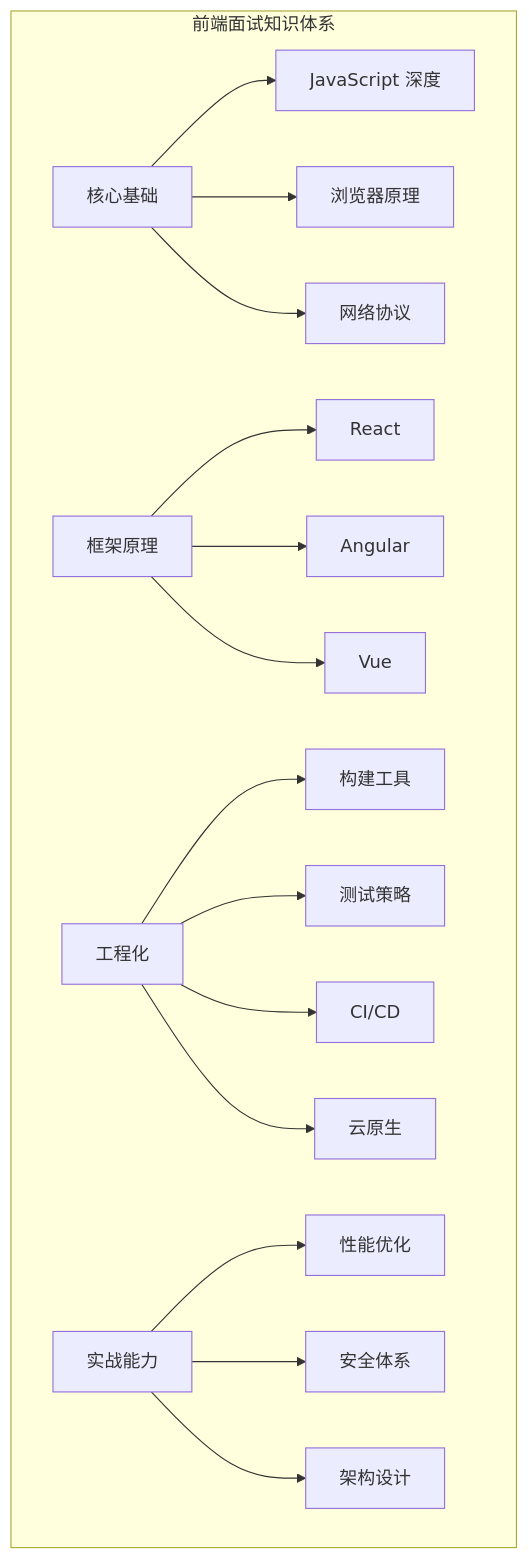
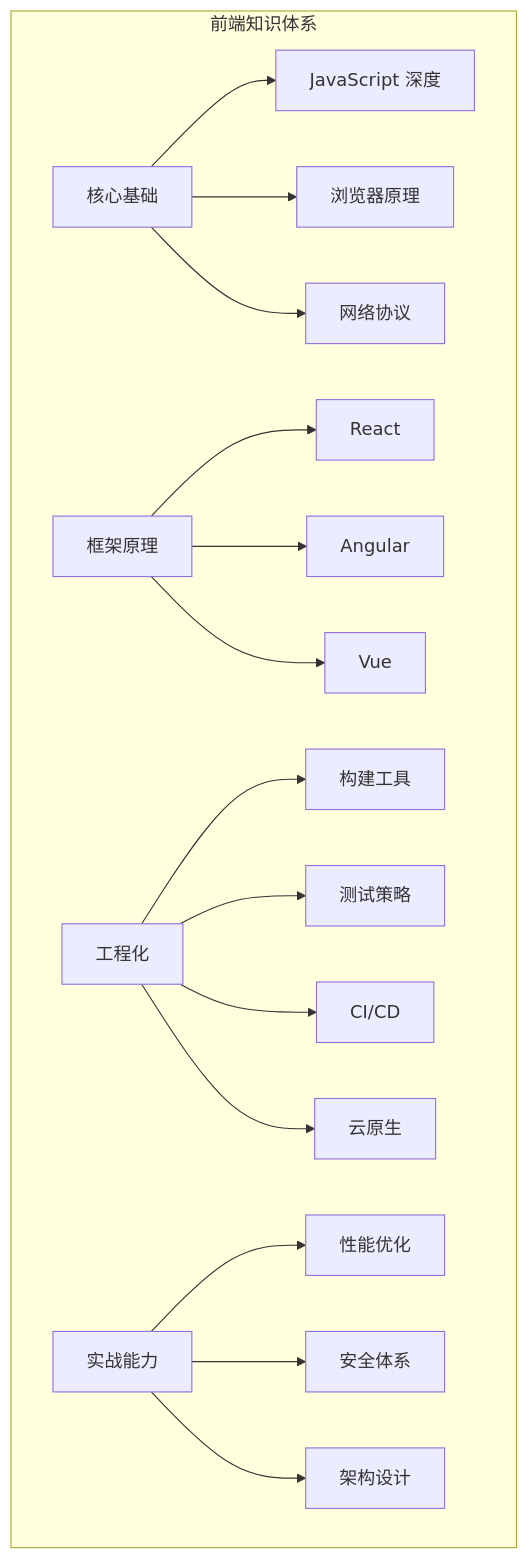
The first of 60 diagrams in S4-面试冲刺/02-简历问题.md (KMaybe01/common), drawn with Mermaid before and after one commit. The commit also changed other lines of this file and 54 other files, not shown here.

````diff
--- a/S4-面试冲刺/02-简历问题.md
+++ b/S4-面试冲刺/02-简历问题.md
@@ -167,25 +165,25 @@
 ```mermaid
 flowchart TD
-  subgraph "前端面试知识体系"
+  subgraph "前端知识体系"
     Core["核心基础"]
     Core --> JS["JavaScript 深度"]
     Core --> Browser["浏览器原理"]
     Core --> Network["网络协议"]
 
     Framework["框架原理"]
     Framework --> React["React"]
     Framework --> Angular["Angular"]
     Framework --> Vue["Vue"]
 
     Engineering["工程化"]
     Engineering --> Build["构建工具"]
     Engineering --> Test["测试策略"]
     Engineering --> CI["CI/CD"]
     Engineering --> Cloud["云原生"]
 
     Practice["实战能力"]
     Practice --> Perf["性能优化"]
     Practice --> Security["安全体系"]
     Practice --> Arch["架构设计"]
   end
 ```
````
